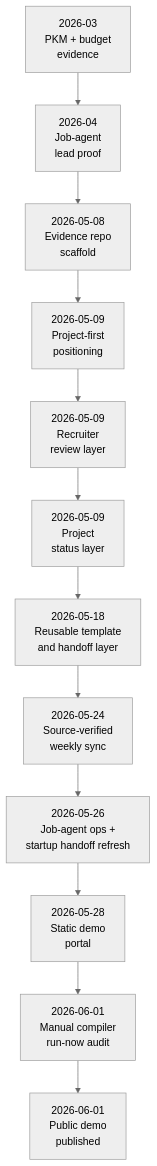
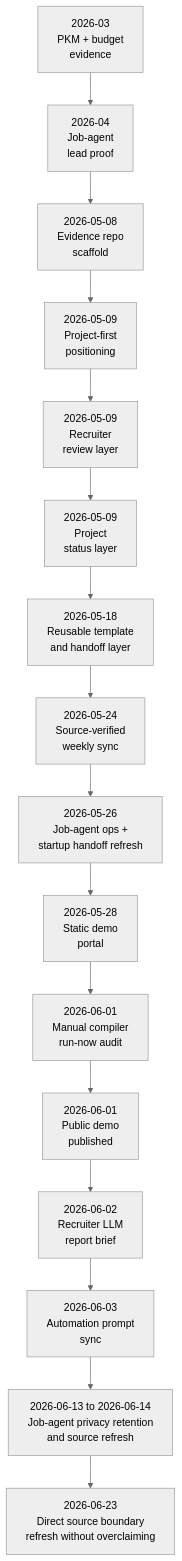
The diagram in PROJECT_TIMELINE.md (marcus-uden-dev/ai-native-proof-of-work), drawn with Mermaid (neutral theme) before and after one commit. The commit also changed other lines of this file and 46 other files, not shown here.

Commit message:
docs: refresh recruiter proof surfaces and demos

````diff
--- a/PROJECT_TIMELINE.md
+++ b/PROJECT_TIMELINE.md
@@ -14,17 +14,21 @@
 ```mermaid
 flowchart TD
     M1["2026-03<br/>PKM + budget<br/>evidence"]
     M2["2026-04<br/>Job-agent<br/>lead proof"]
     M3["2026-05-08<br/>Evidence repo<br/>scaffold"]
     M4["2026-05-09<br/>Project-first<br/>positioning"]
     M5["2026-05-09<br/>Recruiter<br/>review layer"]
     M6["2026-05-09<br/>Project<br/>status layer"]
     M7["2026-05-18<br/>Reusable template<br/>and handoff layer"]
     M8["2026-05-24<br/>Source-verified<br/>weekly sync"]
     M9["2026-05-26<br/>Job-agent ops +<br/>startup handoff refresh"]
     M10["2026-05-28<br/>Static demo<br/>portal"]
     M11["2026-06-01<br/>Manual compiler<br/>run-now audit"]
     M12["2026-06-01<br/>Public demo<br/>published"]
+    M13["2026-06-02<br/>Recruiter LLM<br/>report brief"]
+    M14["2026-06-03<br/>Automation prompt<br/>sync"]
+    M15["2026-06-13 to 2026-06-14<br/>Job-agent privacy retention<br/>and source refresh"]
+    M16["2026-06-23<br/>Direct source boundary<br/>refresh without overclaiming"]
 
-    M1 --> M2 --> M3 --> M4 --> M5 --> M6 --> M7 --> M8 --> M9 --> M10 --> M11 --> M12
+    M1 --> M2 --> M3 --> M4 --> M5 --> M6 --> M7 --> M8 --> M9 --> M10 --> M11 --> M12 --> M13 --> M14 --> M15 --> M16
 ```
````
